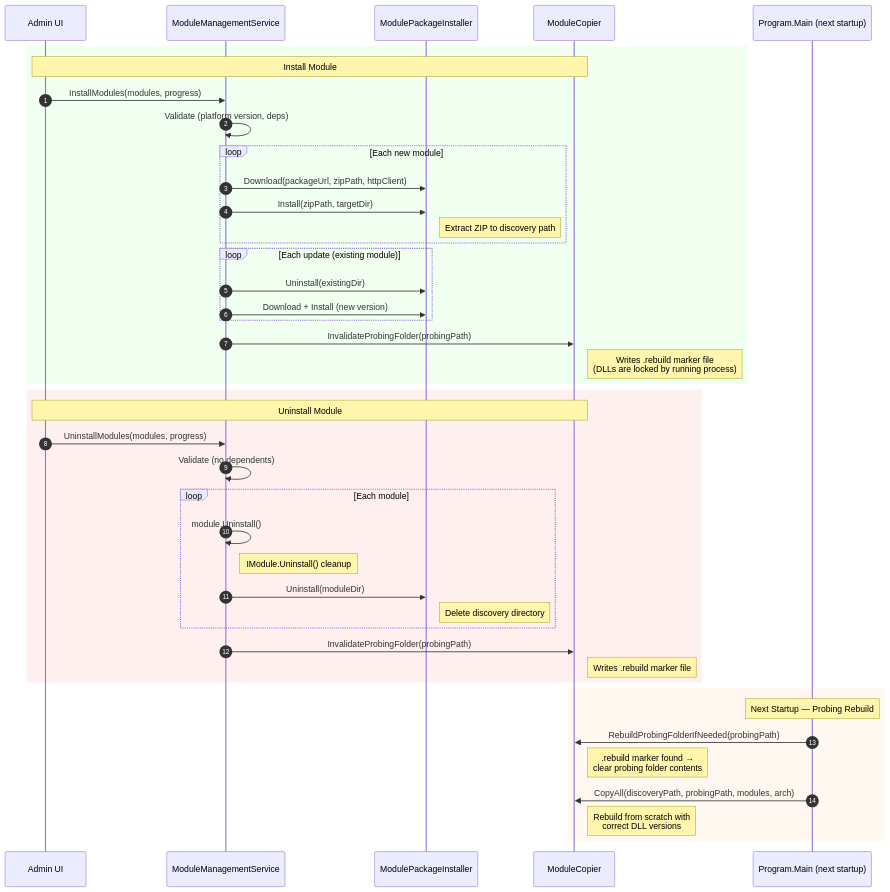
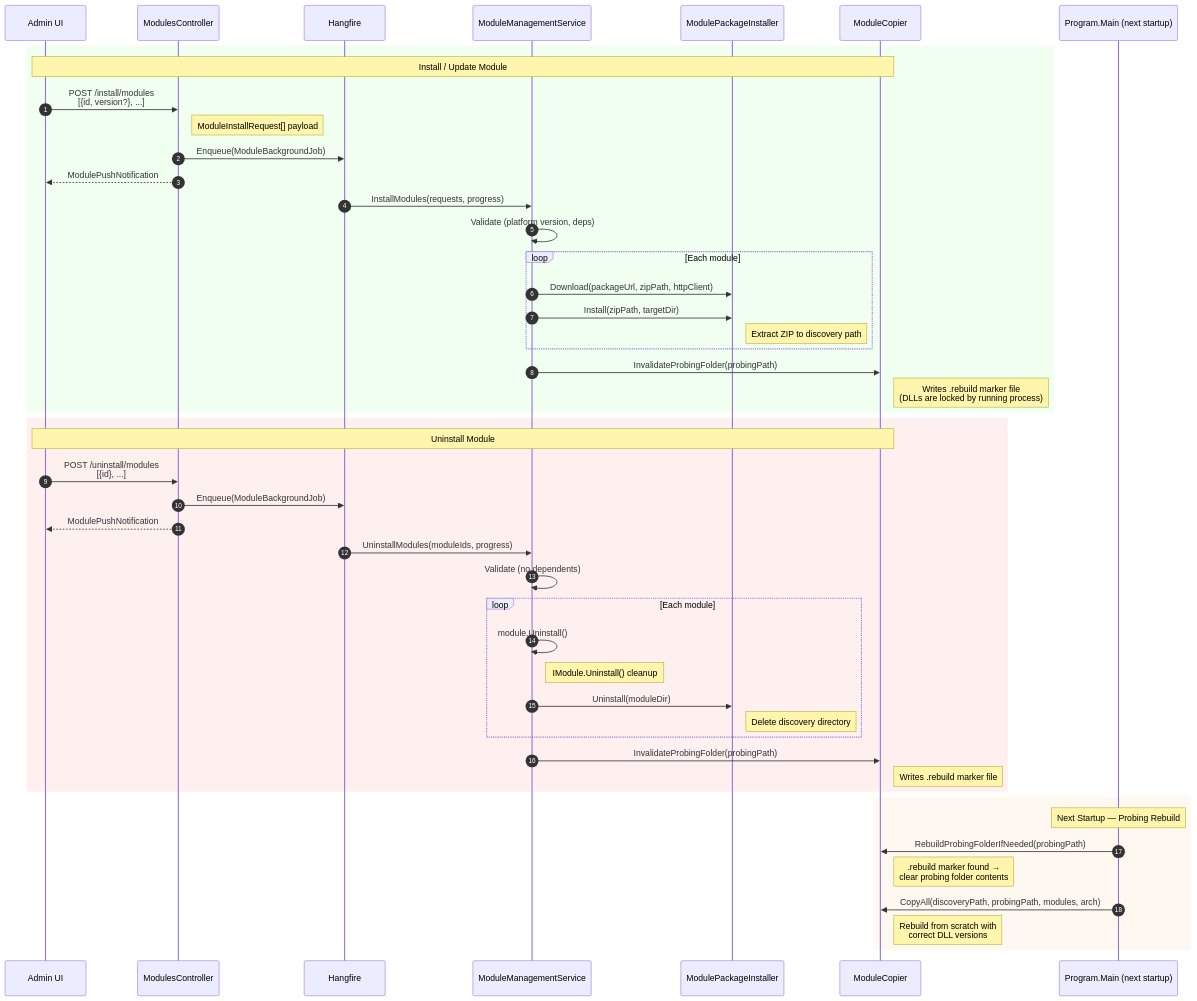
One commit to VirtoCommerce/vc-platform changed the third of 3 diagrams in docs/modularity.md. Above: the diagram before and after it, drawn with Mermaid. The commit also changed other lines of this file and 30 other files, not shown here.

Commit message:
Improve module installation UX, added option to install custom version, improve IModuleManagementService

````diff
--- a/docs/modularity.md
+++ b/docs/modularity.md
@@ -204,53 +204,57 @@
 ```mermaid
 sequenceDiagram
     autonumber
     participant UI as Admin UI
+    participant API as ModulesController
+    participant HF as Hangfire
     participant MMS as ModuleManagementService
     participant MPI as ModulePackageInstaller
     participant MC as ModuleCopier
     participant P as Program.Main (next startup)
 
     rect rgb(240, 255, 240)
-    Note over UI,MC: Install Module
-    UI->>MMS: InstallModules(modules, progress)
+    Note over UI,MC: Install / Update Module
+    UI->>API: POST /install/modules<br/>[{id, version?}, ...]
+    Note right of API: ModuleInstallRequest[] payload
+    API->>HF: Enqueue(ModuleBackgroundJob)
+    API-->>UI: ModulePushNotification
+    HF->>MMS: InstallModules(requests, progress)
     MMS->>MMS: Validate (platform version, deps)
 
-    loop Each new module
+    loop Each module
         MMS->>MPI: Download(packageUrl, zipPath, httpClient)
         MMS->>MPI: Install(zipPath, targetDir)
         Note right of MPI: Extract ZIP to discovery path
-    end
-
-    loop Each update (existing module)
-        MMS->>MPI: Uninstall(existingDir)
-        MMS->>MPI: Download + Install (new version)
     end
 
     MMS->>MC: InvalidateProbingFolder(probingPath)
     Note right of MC: Writes .rebuild marker file<br/>(DLLs are locked by running process)
     end
 
     rect rgb(255, 240, 240)
     Note over UI,MC: Uninstall Module
-    UI->>MMS: UninstallModules(modules, progress)
+    UI->>API: POST /uninstall/modules<br/>[{id}, ...]
+    API->>HF: Enqueue(ModuleBackgroundJob)
+    API-->>UI: ModulePushNotification
+    HF->>MMS: UninstallModules(moduleIds, progress)
     MMS->>MMS: Validate (no dependents)
 
     loop Each module
         MMS->>MMS: module.Uninstall()
         Note right of MMS: IModule.Uninstall() cleanup
         MMS->>MPI: Uninstall(moduleDir)
         Note right of MPI: Delete discovery directory
     end
 
     MMS->>MC: InvalidateProbingFolder(probingPath)
     Note right of MC: Writes .rebuild marker file
     end
 
     rect rgb(255, 248, 240)
     Note over P: Next Startup — Probing Rebuild
     P->>MC: RebuildProbingFolderIfNeeded(probingPath)
     Note right of MC: .rebuild marker found →<br/>clear probing folder contents
     P->>MC: CopyAll(discoveryPath, probingPath, modules, arch)
     Note right of MC: Rebuild from scratch with<br/>correct DLL versions
     end
 ```
````
